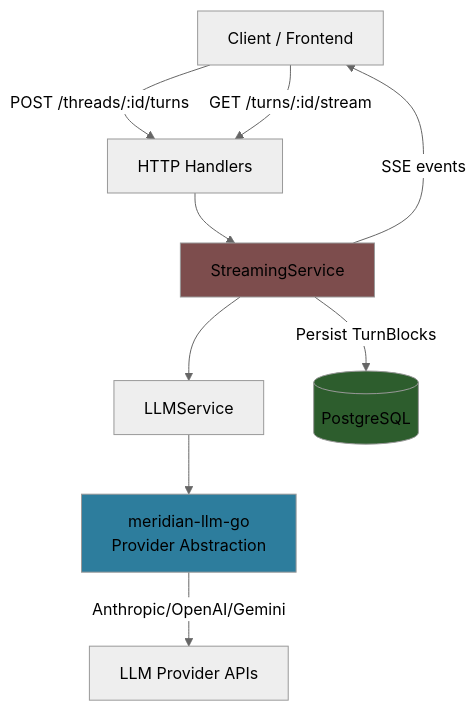
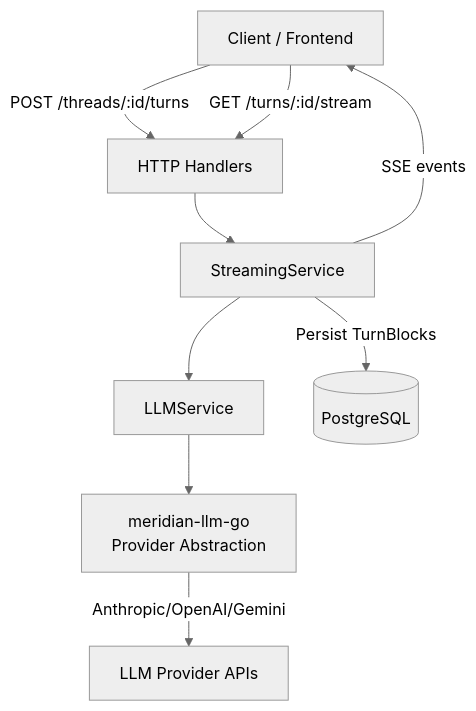
The diagram in _docs/technical/llm/README.md (haowjy/meridian-flow), drawn with Mermaid (neutral theme) before and after one commit. The commit also changed 46 other files, not shown here.

````diff
--- a/_docs/technical/llm/README.md
+++ b/_docs/technical/llm/README.md
@@ -63,24 +63,21 @@
 ```mermaid
 graph TB
     Client[Client / Frontend]
     Handler[HTTP Handlers]
     StreamSvc[StreamingService]
     LLMSvc[LLMService]
     Lib[meridian-llm-go<br/>Provider Abstraction]
     DB[(PostgreSQL)]
 
     Client -->|POST /threads/:id/turns| Handler
     Client -->|GET /turns/:id/stream| Handler
 
     Handler --> StreamSvc
     StreamSvc --> LLMSvc
     LLMSvc --> Lib
     Lib -->|Anthropic/OpenAI/Gemini| Provider[LLM Provider APIs]
 
     StreamSvc -->|Persist TurnBlocks| DB
     StreamSvc -->|SSE events| Client
 
-    style Lib fill:#2d7d9d
-    style StreamSvc fill:#7d4d4d
-    style DB fill:#2d5d2d
 ```
````
